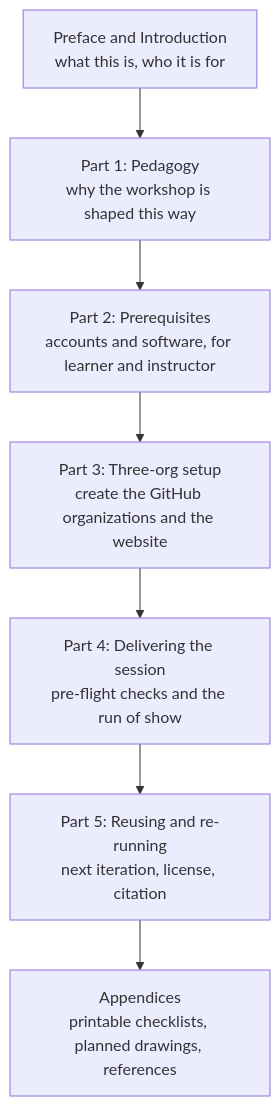
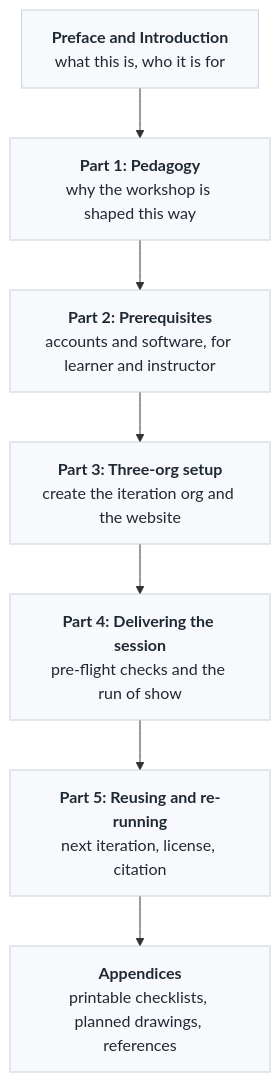
Before and after one commit to gitforsci/website: the first of 2 diagrams in intro.qmd, drawn with Mermaid. The commit also changed 9 other files, not shown here.

First line of the commit message:
docs(book): unify all mermaid diagrams on the overview style

````diff
--- a/intro.qmd
+++ b/intro.qmd
@@ -15,10 +15,14 @@
 ```{mermaid}
 flowchart TD
-    P[Preface and Introduction<br/>what this is, who it is for] --> A
-    A[Part 1: Pedagogy<br/>why the workshop is shaped this way] --> B
-    B[Part 2: Prerequisites<br/>accounts and software, for learner and instructor] --> C
-    C[Part 3: Three-org setup<br/>create the GitHub organizations and the website] --> D
-    D[Part 4: Delivering the session<br/>pre-flight checks and the run of show] --> E
-    E[Part 5: Reusing and re-running<br/>next iteration, license, citation] --> F
-    F[Appendices<br/>printable checklists, planned drawings, references]
+    classDef layer fill:#f7f9fc,stroke:#c7d2e0,color:#1f2933;
+
+    P["<b>Preface and Introduction</b><br/>what this is, who it is for"]:::layer
+    A["<b>Part 1: Pedagogy</b><br/>why the workshop is shaped this way"]:::layer
+    B["<b>Part 2: Prerequisites</b><br/>accounts and software, for learner and instructor"]:::layer
+    C["<b>Part 3: Three-org setup</b><br/>create the iteration org and the website"]:::layer
+    D["<b>Part 4: Delivering the session</b><br/>pre-flight checks and the run of show"]:::layer
+    E["<b>Part 5: Reusing and re-running</b><br/>next iteration, license, citation"]:::layer
+    F["<b>Appendices</b><br/>printable checklists, planned drawings, references"]:::layer
+
+    P --> A --> B --> C --> D --> E --> F
 ```
````
